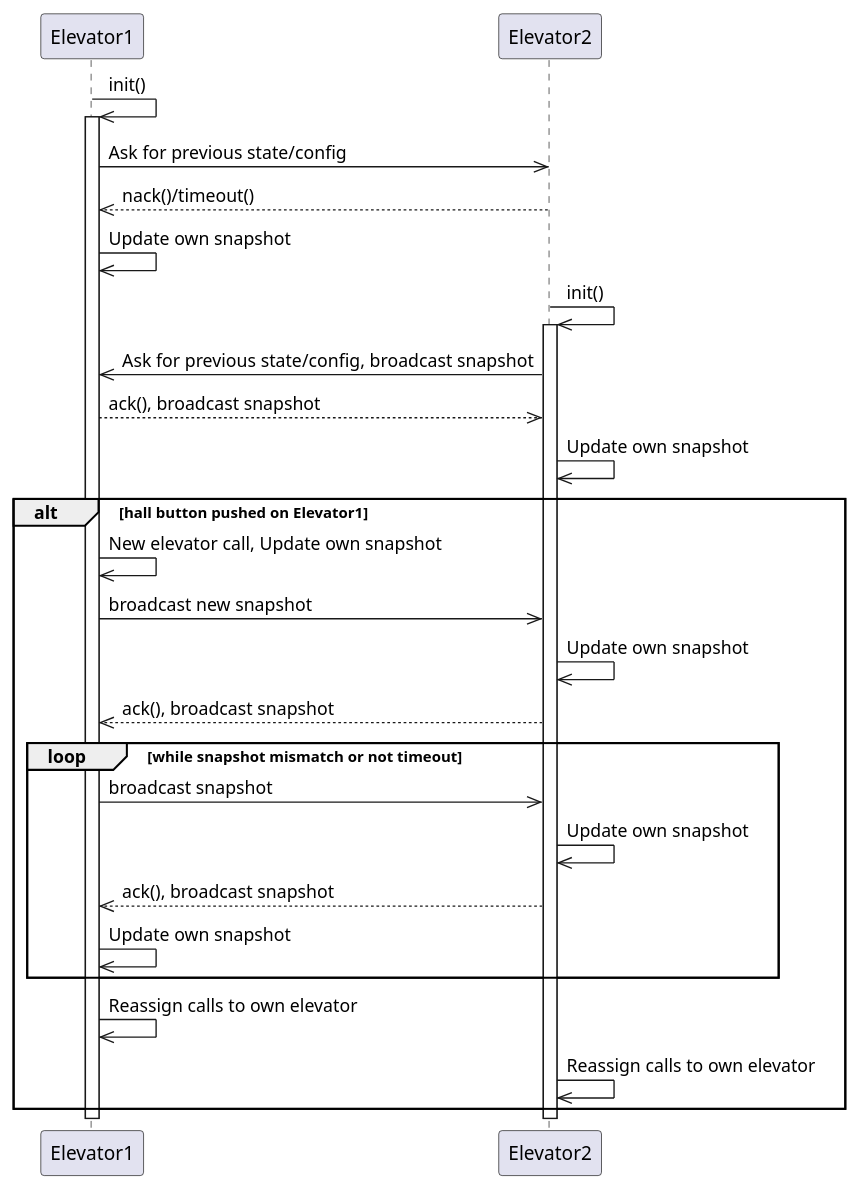
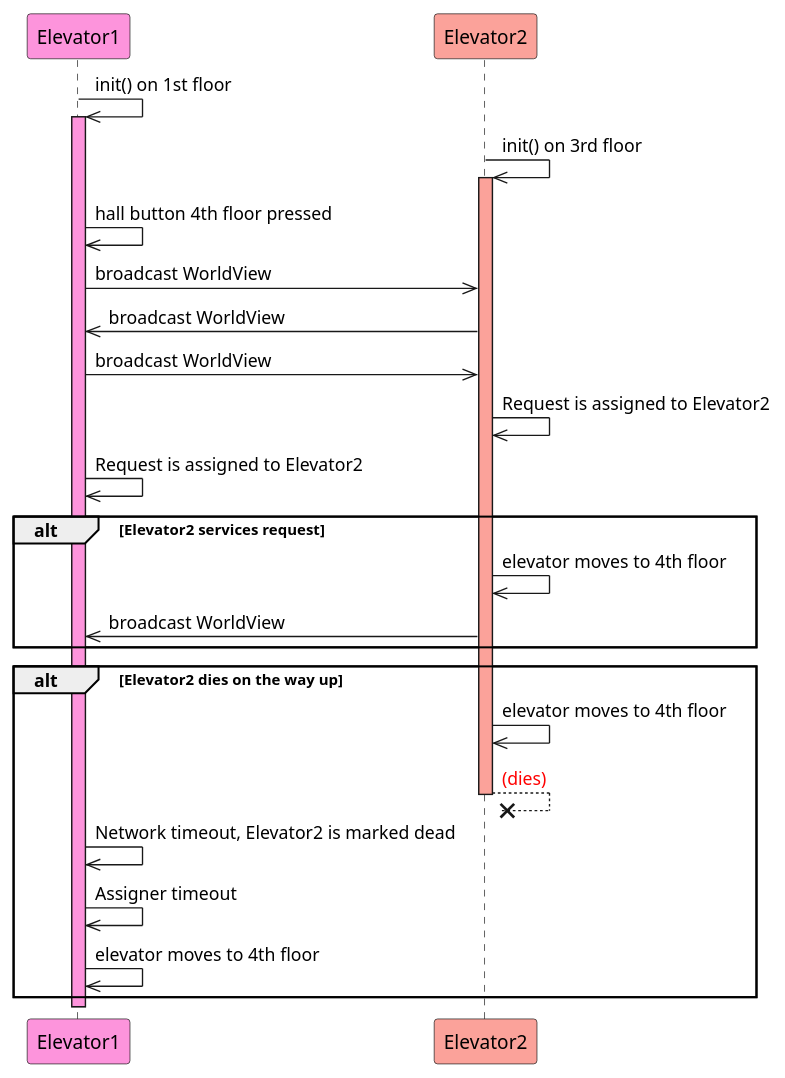
One commit to Lucas-Vo/heislab2 changed the diagram in UML/diagrams/network_sequence_diagram.puml. Above: the diagram before and after it, drawn with PlantUML. The commit also changed 11 other files, not shown here.

Commit message:
uml + rename

```diff
--- a/UML/diagrams/network_sequence_diagram.puml
+++ b/UML/diagrams/network_sequence_diagram.puml
@@ -1,34 +1,35 @@
 @startuml Network Sequence Diagram
     skinparam classAttributeIconSize 0
-    participant Elevator1
-    participant Elevator2
-    Elevator1->>Elevator1: init()
-    activate Elevator1
-    Elevator1->>Elevator2: Ask for previous state/config
-    Elevator2-->>Elevator1: nack()/timeout()
-    Elevator1->>Elevator1: Update own snapshot
+    participant Elevator1 #fd94dcff
+    participant Elevator2 #fba29aff
+    Elevator1->>Elevator1: init() on 1st floor
+    activate Elevator1 #fd94dcff
+    Elevator2->>Elevator2: init() on 3rd floor
+    activate Elevator2 #fba29aff
 
-    Elevator2->>Elevator2: init()
-    activate Elevator2
-    Elevator2->>Elevator1: Ask for previous state/config, broadcast snapshot
-    Elevator1-->>Elevator2: ack(), broadcast snapshot
-    Elevator2->>Elevator2: Update own snapshot
-    alt hall button pushed on Elevator1
-        Elevator1->>Elevator1: New elevator call, Update own snapshot
-        Elevator1->>Elevator2: broadcast new snapshot
-        Elevator2->>Elevator2: Update own snapshot
-        Elevator2-->>Elevator1: ack(), broadcast snapshot
+    Elevator1->>Elevator1: hall button 4th floor pressed
+    Elevator1->>Elevator2: broadcast WorldView
+    Elevator2->>Elevator1: broadcast WorldView
+    Elevator1->>Elevator2: broadcast WorldView
 
-        loop while snapshot mismatch or not timeout
-            Elevator1->>Elevator2: broadcast snapshot
-            Elevator2->>Elevator2: Update own snapshot
-            Elevator2-->>Elevator1: ack(), broadcast snapshot
-            Elevator1->>Elevator1: Update own snapshot
-        end
-        Elevator1->>Elevator1: Reassign calls to own elevator
-        Elevator2->>Elevator2: Reassign calls to own elevator
+    Elevator2->>Elevator2: Request is assigned to Elevator2
+    Elevator1->>Elevator1: Request is assigned to Elevator2
+
+    alt Elevator2 services request
+        Elevator2->>Elevator2: elevator moves to 4th floor
+        Elevator2->>Elevator1: broadcast WorldView
+
+    end
+    alt Elevator2 dies on the way up
+        Elevator2->>Elevator2: elevator moves to 4th floor
+        Elevator2--x Elevator2: <color:red>(dies)</color>
+        deactivate Elevator2
+        Elevator1->>Elevator1: Network timeout, Elevator2 is marked dead
+        Elevator1->>Elevator1: Assigner timeout
+        Elevator1->>Elevator1: elevator moves to 4th floor
+
     end
 
     deactivate Elevator1
     deactivate Elevator2
 @enduml
```
